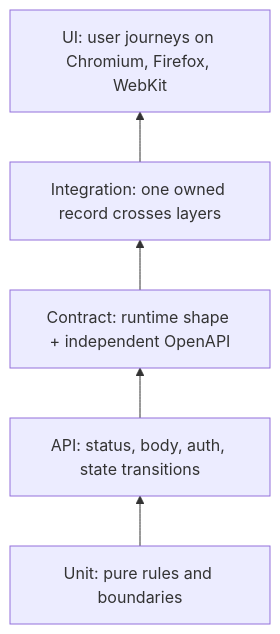
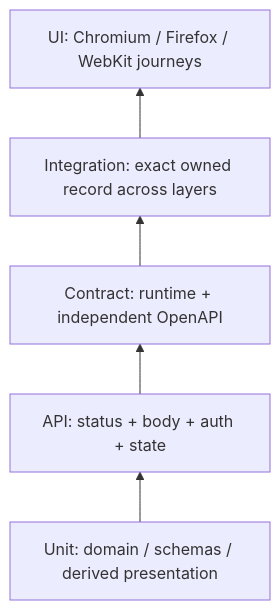
The second of 2 diagrams in README.md (farhan-shafee/institutional-trading-sdet-lab), drawn with Mermaid before and after one commit. The commit also changed other lines of this file and 13 other files, not shown here.

````diff
--- a/README.md
+++ b/README.md
@@ -61,7 +72,7 @@
 ```mermaid
 flowchart BT
-    Unit[Unit: pure rules and boundaries] --> API[API: status, body, auth, state transitions]
-    API --> Contract[Contract: runtime shape + independent OpenAPI]
-    Contract --> Integration[Integration: one owned record crosses layers]
-    Integration --> UI[UI: user journeys on Chromium, Firefox, WebKit]
+    Unit[Unit: domain / schemas / derived presentation] --> Service[API: status + body + auth + state]
+    Service --> Contract[Contract: runtime + independent OpenAPI]
+    Contract --> Integration[Integration: exact owned record across layers]
+    Integration --> Browser[UI: Chromium / Firefox / WebKit journeys]
 ```
````
